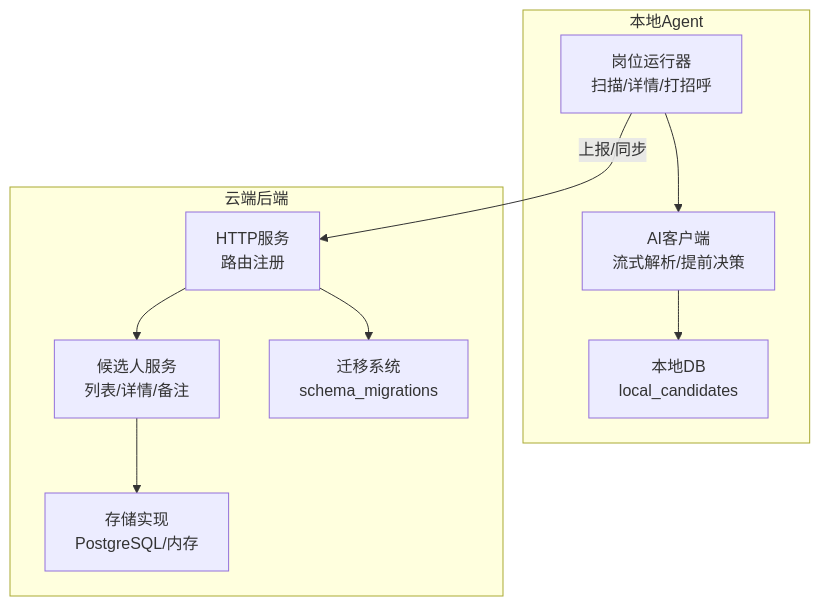
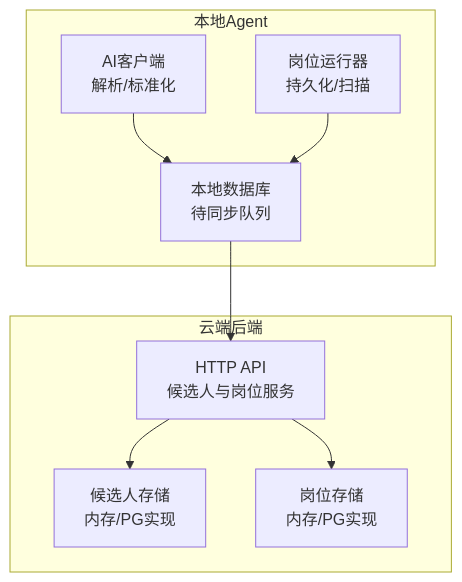
One commit to alvinwangzi/goodhr changed the first of 7 diagrams in .qoder/repowiki/zh/content/云端后端服务/候选人处理系统/AI匹配评分/评分结果处理.md. Above: the diagram before and after it, drawn with Mermaid. The commit also changed other lines of this file and 149 other files, not shown here.

````diff
--- a/.qoder/repowiki/zh/content/云端后端服务/候选人处理系统/AI匹配评分/评分结果处理.md
+++ b/.qoder/repowiki/zh/content/云端后端服务/候选人处理系统/AI匹配评分/评分结果处理.md
@@ -40,20 +42,18 @@
 ```mermaid
 graph TB
 subgraph "本地Agent"
-A["岗位运行器<br/>扫描/详情/打招呼"]
-B["AI客户端<br/>流式解析/提前决策"]
-C["本地DB<br/>local_candidates"]
+LAI["AI客户端<br/>解析/标准化"]
+LDB["本地数据库<br/>待同步队列"]
+PR["岗位运行器<br/>持久化/扫描"]
 end
 subgraph "云端后端"
-D["HTTP服务<br/>路由注册"]
-E["候选人服务<br/>列表/详情/备注"]
-F["存储实现<br/>PostgreSQL/内存"]
-G["迁移系统<br/>schema_migrations"]
+API["HTTP API<br/>候选人与岗位服务"]
+CS["候选人存储<br/>内存/PG实现"]
+PS["岗位存储<br/>内存/PG实现"]
 end
-A --> B
-B --> C
-A --> |上报/同步| D
-D --> E
-E --> F
-D --> G
+LAI --> LDB
+PR --> LDB
+LDB --> API
+API --> CS
+API --> PS
 ```
````
